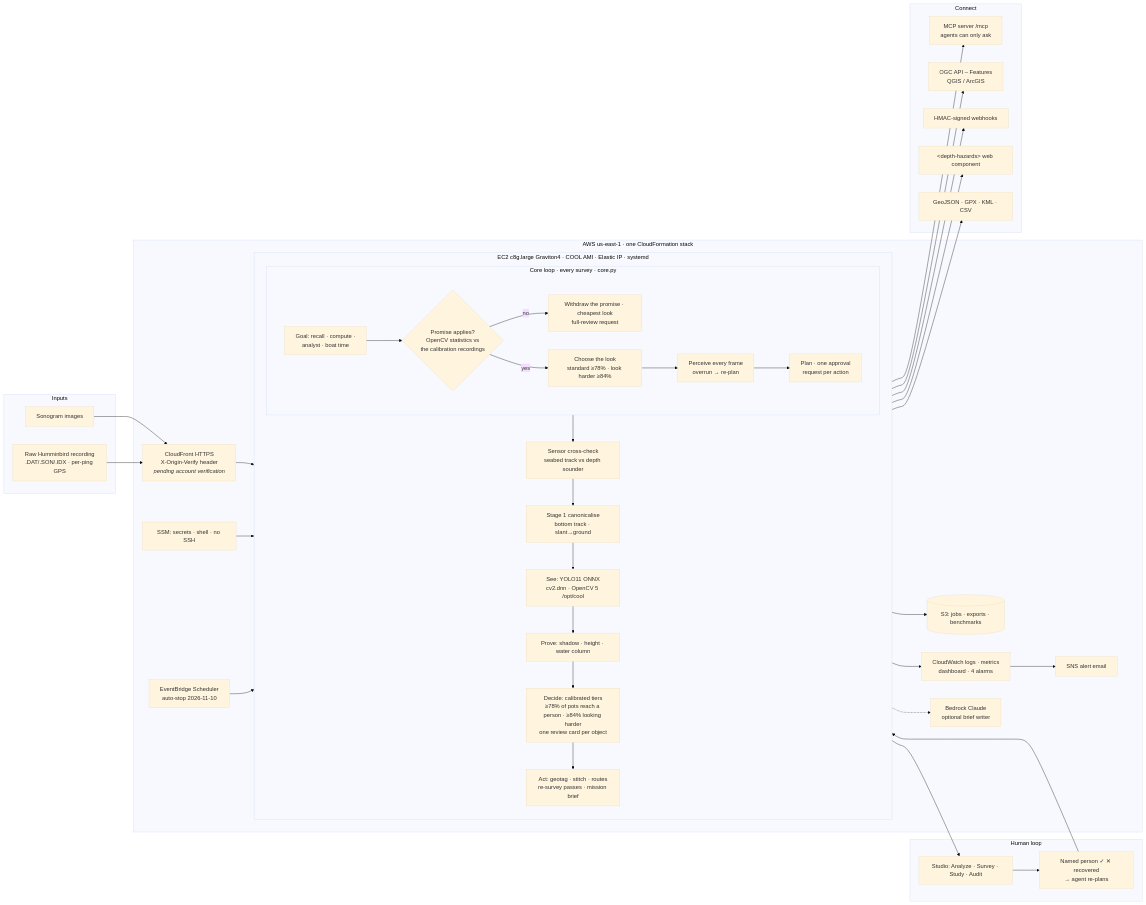
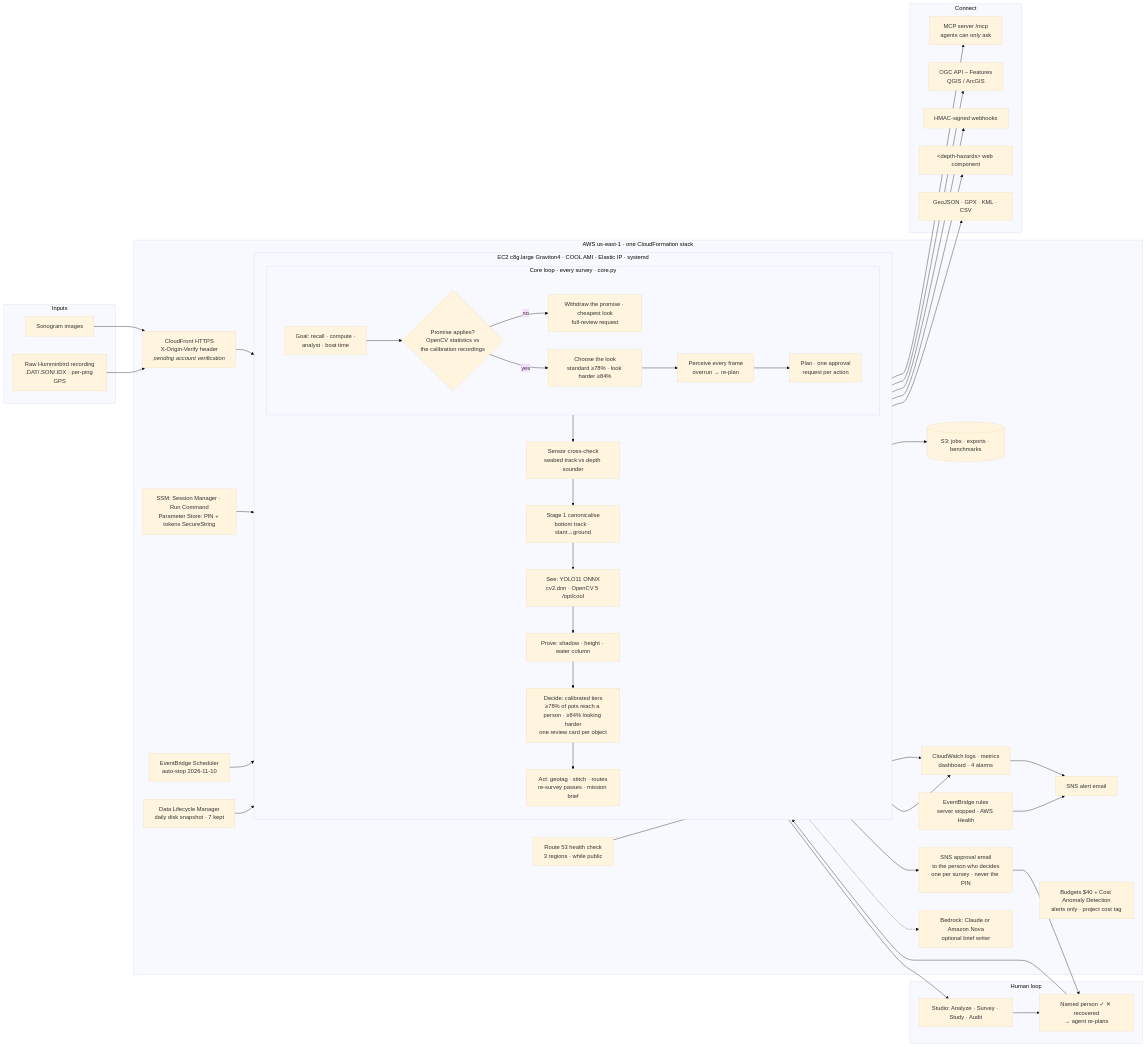
Before and after one commit to madhesh60/depth: the first of 2 diagrams in docs/lucidchart_diagram.md, drawn with Mermaid (base theme). The commit also changed 3 other files, not shown here.

Commit message:
docs: every AWS service with its job and cost; the as-built cloud section and the Lucidchart source

````diff
--- a/docs/lucidchart_diagram.md
+++ b/docs/lucidchart_diagram.md
@@ -11,60 +11,69 @@
 ```mermaid
 flowchart LR
   subgraph IN[Inputs]
     SON[Sonogram images]
     RAW[Raw Humminbird recording<br/>.DAT/.SON/.IDX · per-ping GPS]
   end
 
   subgraph AWS[AWS us-east-1 · one CloudFormation stack]
     CF[CloudFront HTTPS<br/>X-Origin-Verify header<br/><i>pending account verification</i>]
     subgraph EC2[EC2 c8g.large Graviton4 · COOL AMI · Elastic IP · systemd]
       direction TB
       subgraph LOOP[Core loop · every survey · core.py]
         direction LR
         G[Goal: recall · compute ·<br/>analyst · boat time] --> CK{Promise applies?<br/>OpenCV statistics vs<br/>the calibration recordings}
         CK -- no --> FR[Withdraw the promise · cheapest look<br/>full-review request]
         CK -- yes --> MODE[Choose the look<br/>standard ≥78% · look harder ≥84%]
         MODE --> PER[Perceive every frame<br/>overrun → re-plan]
         PER --> ASK[Plan · one approval<br/>request per action]
       end
       S0[Sensor cross-check<br/>seabed track vs depth sounder]
       S1[Stage 1 canonicalise<br/>bottom track · slant→ground]
       S2[See: YOLO11 ONNX<br/>cv2.dnn · OpenCV 5 /opt/cool]
       S3[Prove: shadow · height · water column]
       S4[Decide: calibrated tiers<br/>≥78% of pots reach a person · ≥84% looking harder<br/>one review card per object]
       S5[Act: geotag · stitch · routes<br/>re-survey passes · mission brief]
       S0 --> S1 --> S2 --> S3 --> S4 --> S5
     end
     S3B[(S3: jobs · exports · benchmarks)]
     CW[CloudWatch logs · metrics<br/>dashboard · 4 alarms]
     SNS[SNS alert email]
-    SSM[SSM: secrets · shell · no SSH]
+    SNA[SNS approval email<br/>to the person who decides<br/>one per survey · never the PIN]
+    SSM[SSM: Session Manager · Run Command<br/>Parameter Store: PIN + tokens SecureString]
+    EVB[EventBridge rules<br/>server stopped · AWS Health]
     SCH[EventBridge Scheduler<br/>auto-stop 2026-11-10]
-    BED[Bedrock Claude<br/>optional brief writer]
+    DLM[Data Lifecycle Manager<br/>daily disk snapshot · 7 kept]
+    COST[Budgets $40 + Cost Anomaly Detection<br/>alerts only · project cost tag]
+    R53[Route 53 health check<br/>3 regions · while public]
+    BED[Bedrock: Claude or Amazon Nova<br/>optional brief writer]
   end
 
   subgraph HUM[Human loop]
     STU[Studio: Analyze · Survey · Study · Audit]
     PPL[Named person ✓ ✕ recovered<br/>→ agent re-plans]
   end
 
   subgraph OUT[Connect]
     MCP[MCP server /mcp<br/>agents can only ask]
     OGC[OGC API – Features<br/>QGIS / ArcGIS]
     WH[HMAC-signed webhooks]
     EMB[&lt;depth-hazards&gt; web component]
     EXP[GeoJSON · GPX · KML · CSV]
   end
 
   SON --> CF
   RAW --> CF
   CF --> EC2
   EC2 --> S3B
   EC2 --> CW --> SNS
+  EVB --> SNS
+  R53 --> CW
   SSM --> EC2
   SCH --> EC2
+  DLM --> EC2
+  ASK --> SNA --> PPL
   S5 -.-> BED
   PER --> S0
   ASK --> STU --> PPL --> S5
   S5 --> MCP & OGC & WH & EMB & EXP
 ```
````
